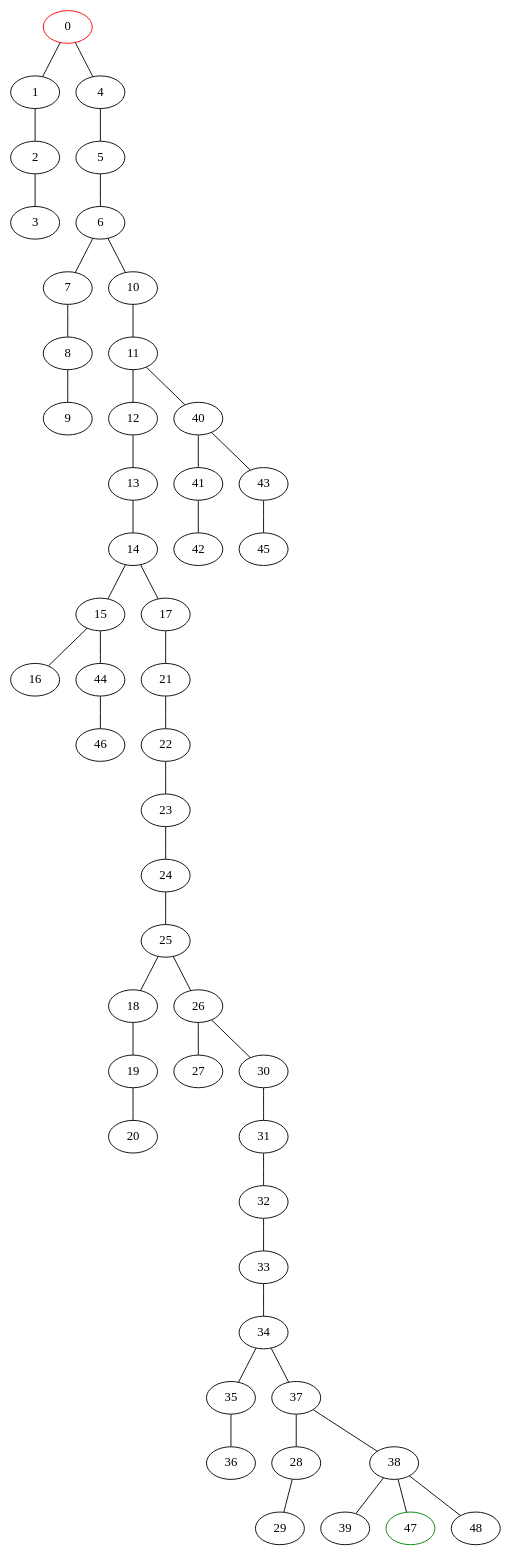
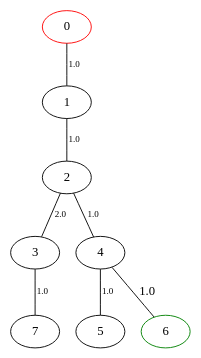
One commit to lucasduartec/DCC014 changed the diagram in images/dot/graph.dot. Above: the diagram before and after it, drawn with Graphviz. The commit also changed 3 other files, not shown here.

Commit message:
Add small maze graph files

```diff
--- a/images/dot/graph.dot
+++ b/images/dot/graph.dot
@@ -1,100 +1,18 @@
 strict graph grafo {
-  0 [weight =  0.00, pos = "0,4!", color = red];
-  1 [weight =  1.00, pos = "2,4!"];
-  2 [weight =  2.00, pos = "2,3!"];
-  3 [weight =  3.00, pos = "1,3!"];
-  4 [weight =  4.00, pos = "0,2!"];
-  5 [weight =  5.00, pos = "1,2!"];
-  6 [weight =  6.00, pos = "1,1!"];
-  7 [weight =  7.00, pos = "2,1!"];
-  8 [weight =  8.00, pos = "2,2!"];
-  9 [weight =  9.00, pos = "3,2!"];
-  10 [weight = 10.00, pos = "0,1!"];
-  11 [weight = 11.00, pos = "0,0!"];
-  12 [weight = 12.00, pos = "3,0!"];
-  13 [weight = 13.00, pos = "3,1!"];
-  14 [weight = 14.00, pos = "4,1!"];
-  15 [weight = 15.00, pos = "4,0!"];
-  16 [weight = 16.00, pos = "5,0!"];
-  17 [weight = 17.00, pos = "4,2!"];
-  18 [weight = 18.00, pos = "5,2!"];
-  19 [weight = 19.00, pos = "5,1!"];
-  20 [weight = 20.00, pos = "6,1!"];
-  21 [weight = 21.00, pos = "4,3!"];
-  22 [weight = 22.00, pos = "3,3!"];
-  23 [weight = 23.00, pos = "3,4!"];
-  24 [weight = 24.00, pos = "5,4!"];
-  25 [weight = 25.00, pos = "5,3!"];
-  26 [weight = 26.00, pos = "6,3!"];
-  27 [weight = 27.00, pos = "6,2!"];
-  28 [weight = 28.00, pos = "7,2!"];
-  29 [weight = 29.00, pos = "7,3!"];
-  30 [weight = 30.00, pos = "6,4!"];
-  31 [weight = 31.00, pos = "9,4!"];
-  32 [weight = 32.00, pos = "9,3!"];
-  33 [weight = 33.00, pos = "8,3!"];
-  34 [weight = 34.00, pos = "8,1!"];
-  35 [weight = 35.00, pos = "9,1!"];
-  36 [weight = 36.00, pos = "9,2!"];
-  37 [weight = 37.00, pos = "7,1!"];
-  38 [weight = 38.00, pos = "7,0!"];
-  39 [weight = 39.00, pos = "6,0!"];
-  40 [weight = 40.00, pos = "0,-1!"];
-  41 [weight = 41.00, pos = "0,-2!"];
-  42 [weight = 42.00, pos = "3,-2!"];
-  43 [weight = 43.00, pos = "1,-1!"];
-  44 [weight = 44.00, pos = "4,-1!"];
-  45 [weight = 45.00, pos = "3,-1!"];
-  46 [weight = 46.00, pos = "6,-1!"];
-  47 [weight = 47.00, pos = "7,-2!", color = green];
-  48 [weight = 48.00, pos = "9,0!"];
+  0 [weight =  0.00, pos = "2,2!", color = red];
+  1 [weight =  1.00, pos = "1,2!"];
+  2 [weight =  2.00, pos = "1,1!"];
+  3 [weight =  3.00, pos = "-1,1!"];
+  4 [weight =  4.00, pos = "2,1!"];
+  5 [weight =  5.00, pos = "2,0!"];
+  6 [weight =  6.00, pos = "3,1!", color = green];
+  7 [weight =  7.00, pos = "-1,2!"];
 
-  0 -- 1
-  0 -- 4
-  1 -- 2
-  2 -- 3
-  4 -- 5
-  5 -- 6
-  6 -- 7
-  6 -- 10
-  7 -- 8
-  8 -- 9
-  10 -- 11
-  11 -- 40
-  11 -- 12
-  12 -- 13
-  13 -- 14
-  14 -- 15
-  14 -- 17
-  15 -- 44
-  15 -- 16
-  17 -- 21
-  18 -- 19
-  19 -- 20
-  21 -- 22
-  22 -- 23
-  23 -- 24
-  24 -- 25
-  25 -- 18
-  25 -- 26
-  26 -- 27
-  26 -- 30
-  28 -- 29
-  30 -- 31
-  31 -- 32
-  32 -- 33
-  33 -- 34
-  34 -- 35
-  34 -- 37
-  35 -- 36
-  37 -- 28
-  37 -- 38
-  38 -- 47
-  38 -- 39
-  38 -- 48
-  40 -- 41
-  40 -- 43
-  41 -- 42
-  43 -- 45
-  44 -- 46
+  0 -- 1 [label =   1.0, fontsize = 10];
+  1 -- 2 [label =   1.0, fontsize = 10];
+  2 -- 3 [label =   2.0, fontsize = 10];
+  2 -- 4 [label =   1.0, fontsize = 10];
+  3 -- 7 [label =   1.0, fontsize = 10];
+  4 -- 5 [label =   1.0, fontsize = 10];
+  4 -- 6 [label =   1.0, fontsize = 10];
 }
```
